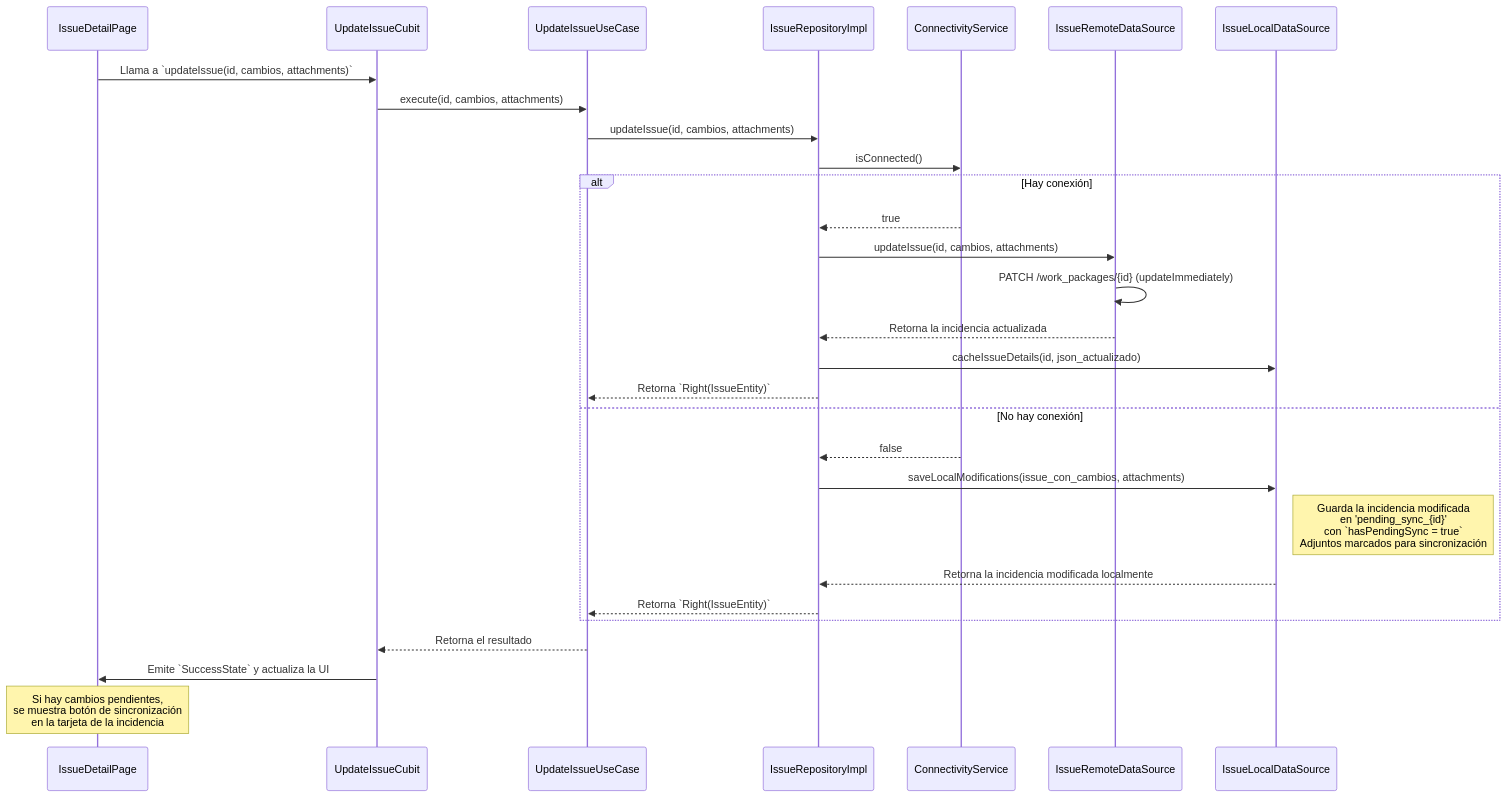
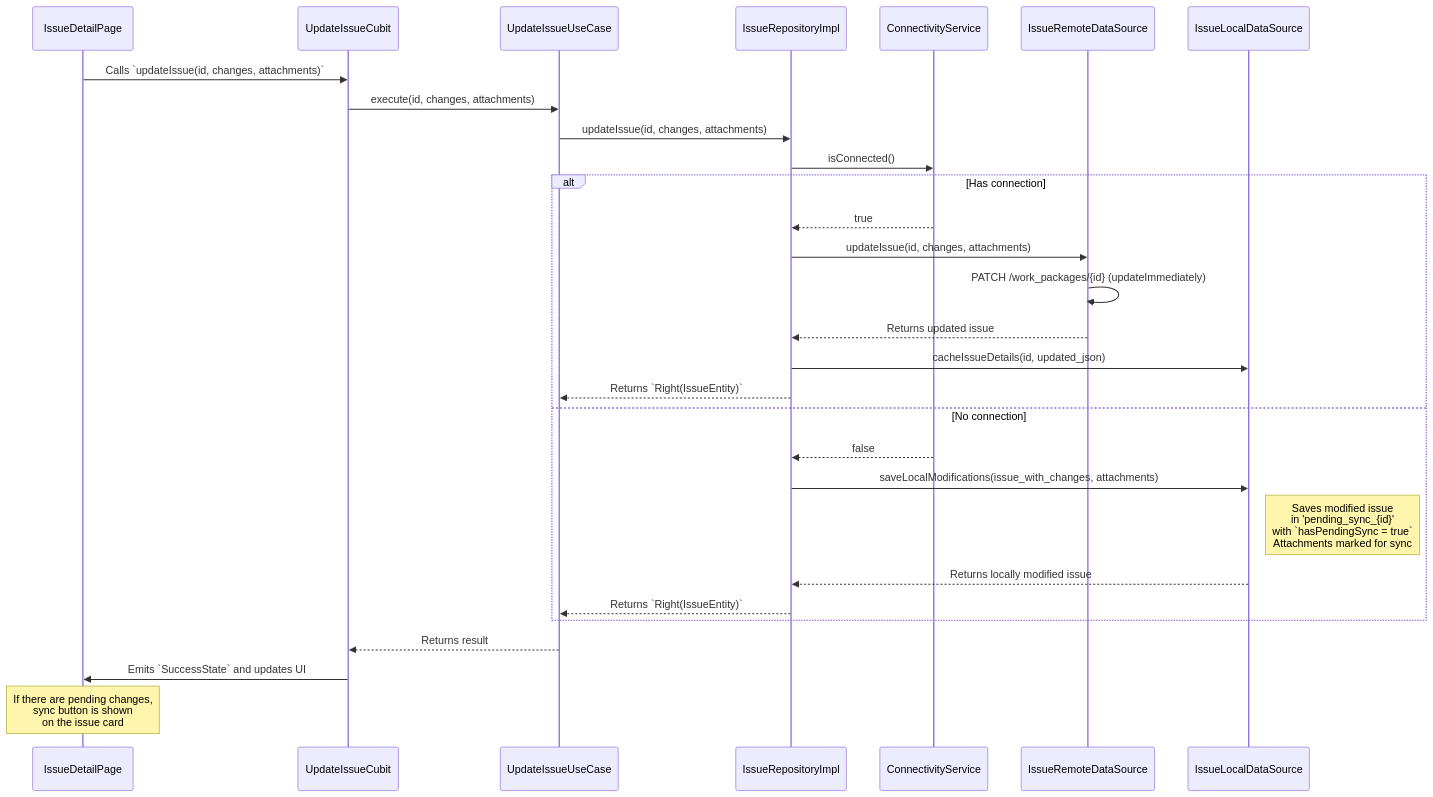
One commit to danibeni/SIREN_APP changed the eighth of 9 diagrams in docs/SIREN_PROJECT_OVERVIEW.md. Above: the diagram before and after it, drawn with Mermaid. The commit also changed other lines of this file and 4 other files, not shown here.

````diff
--- a/docs/SIREN_PROJECT_OVERVIEW.md
+++ b/docs/SIREN_PROJECT_OVERVIEW.md
@@ -371,36 +371,36 @@
 ```mermaid
 sequenceDiagram
     participant UI as IssueDetailPage
     participant Cubit as UpdateIssueCubit
     participant UC as UpdateIssueUseCase
     participant Repo as IssueRepositoryImpl
     participant ConnectivityService as ConnectivityService
     participant RemoteDS as IssueRemoteDataSource
     participant LocalDS as IssueLocalDataSource
 
-    UI->>Cubit: Llama a `updateIssue(id, cambios, attachments)`
-    Cubit->>UC: execute(id, cambios, attachments)
-    UC->>Repo: updateIssue(id, cambios, attachments)
+    UI->>Cubit: Calls `updateIssue(id, changes, attachments)`
+    Cubit->>UC: execute(id, changes, attachments)
+    UC->>Repo: updateIssue(id, changes, attachments)
     
     Repo->>ConnectivityService: isConnected()
     
-    alt Hay conexión
+    alt Has connection
         ConnectivityService-->>Repo: true
-        Repo->>RemoteDS: updateIssue(id, cambios, attachments)
+        Repo->>RemoteDS: updateIssue(id, changes, attachments)
         RemoteDS->>RemoteDS: PATCH /work_packages/{id} (updateImmediately)
-        RemoteDS-->>Repo: Retorna la incidencia actualizada
-        Repo->>LocalDS: cacheIssueDetails(id, json_actualizado)
-        Repo-->>UC: Retorna `Right(IssueEntity)`
-    else No hay conexión
+        RemoteDS-->>Repo: Returns updated issue
+        Repo->>LocalDS: cacheIssueDetails(id, updated_json)
+        Repo-->>UC: Returns `Right(IssueEntity)`
+    else No connection
         ConnectivityService-->>Repo: false
-        Repo->>LocalDS: saveLocalModifications(issue_con_cambios, attachments)
-        Note right of LocalDS: Guarda la incidencia modificada<br>en 'pending_sync_{id}'<br>con `hasPendingSync = true`<br>Adjuntos marcados para sincronización
-        LocalDS-->>Repo: Retorna la incidencia modificada localmente
-        Repo-->>UC: Retorna `Right(IssueEntity)`
+        Repo->>LocalDS: saveLocalModifications(issue_with_changes, attachments)
+        Note right of LocalDS: Saves modified issue<br>in 'pending_sync_{id}'<br>with `hasPendingSync = true`<br>Attachments marked for sync
+        LocalDS-->>Repo: Returns locally modified issue
+        Repo-->>UC: Returns `Right(IssueEntity)`
     end
 
-    UC-->>Cubit: Retorna el resultado
-    Cubit->>UI: Emite `SuccessState` y actualiza la UI
+    UC-->>Cubit: Returns result
+    Cubit->>UI: Emits `SuccessState` and updates UI
     
-    Note over UI: Si hay cambios pendientes,<br>se muestra botón de sincronización<br>en la tarjeta de la incidencia
+    Note over UI: If there are pending changes,<br>sync button is shown<br>on the issue card
 ```
````
